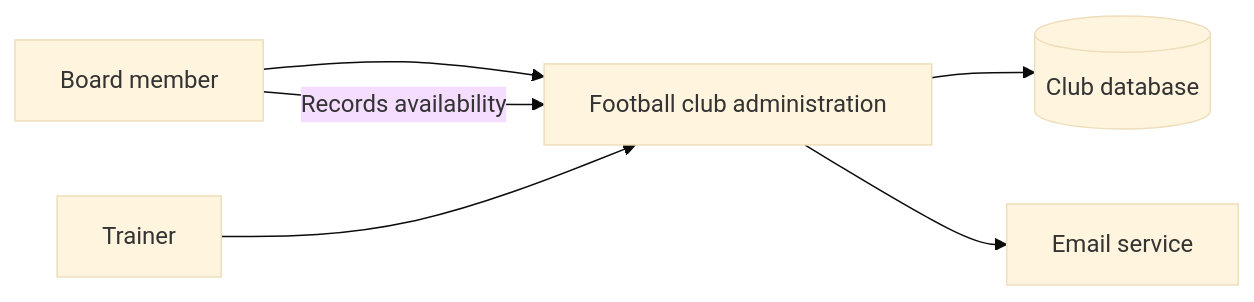
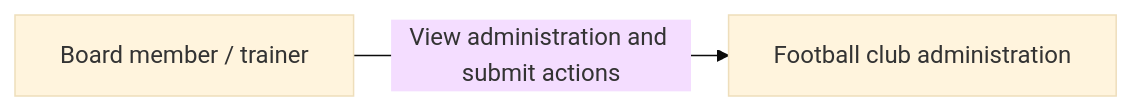
Before and after one commit to Daan5556/3-challenge: the first of 3 diagrams in docs/design/software-design.md, drawn with Mermaid (base theme). The commit also changed other lines of this file and 21 other files, not shown here.

````diff
--- a/docs/design/software-design.md
+++ b/docs/design/software-design.md
@@ -28,8 +13,4 @@
 ```mermaid
 flowchart LR
-    Admin[Board member] --> App[Football club administration]
-    Trainer[Trainer] --> App
-    Admin -->|Records availability| App
-    App --> Database[(Club database)]
-    App --> Mail[Email service]
+    Board[Board member / trainer] -->|View administration and submit actions| System[Football club administration]
 ```
````
